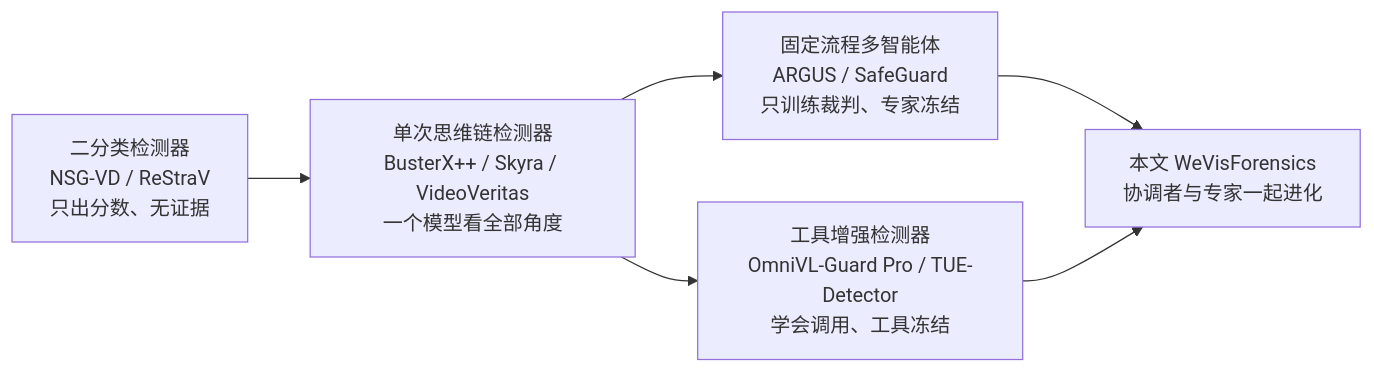
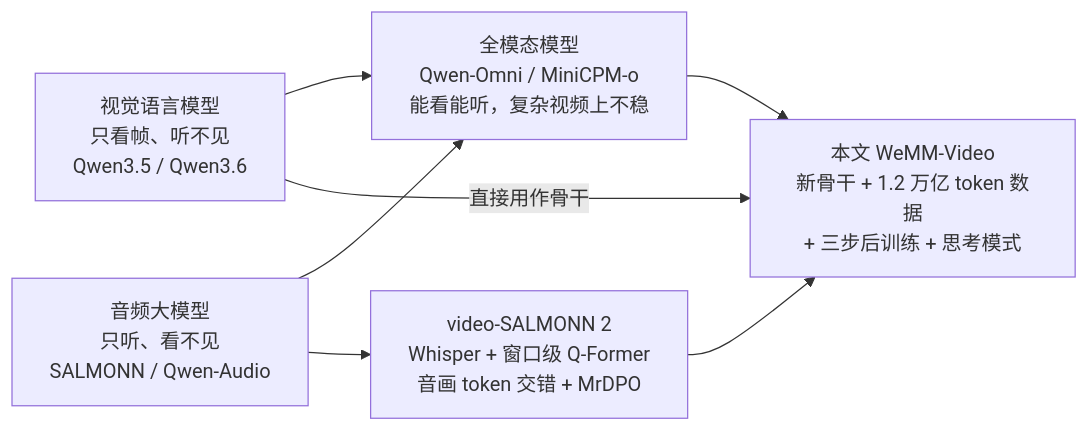
Before and after one commit to yingwang/paper-reads: the first of 4 diagrams in docs/index.md, drawn with Mermaid. The commit also changed other lines of this file and 2 other files, not shown here.

First line of the commit message:
Add 2026-11-22-wemm-video-open-source-omni-modal-video-understanding

````diff
--- a/docs/index.md
+++ b/docs/index.md
@@ -83,8 +77,9 @@
 ```mermaid
 flowchart LR
-    A["二分类检测器<br/>NSG-VD / ReStraV<br/>只出分数、无证据"] --> B["单次思维链检测器<br/>BusterX++ / Skyra / VideoVeritas<br/>一个模型看全部角度"]
-    B --> C["固定流程多智能体<br/>ARGUS / SafeGuard<br/>只训练裁判、专家冻结"]
-    B --> D["工具增强检测器<br/>OmniVL-Guard Pro / TUE-Detector<br/>学会调用、工具冻结"]
-    C --> E["本文 WeVisForensics<br/>协调者与专家一起进化"]
+    A["视觉语言模型<br/>只看帧、听不见<br/>Qwen3.5 / Qwen3.6"] --> C["全模态模型<br/>Qwen-Omni / MiniCPM-o<br/>能看能听，复杂视频上不稳"]
+    B["音频大模型<br/>只听、看不见<br/>SALMONN / Qwen-Audio"] --> C
+    B --> D["video-SALMONN 2<br/>Whisper + 窗口级 Q-Former<br/>音画 token 交错 + MrDPO"]
+    C --> E["本文 WeMM-Video<br/>新骨干 + 1.2 万亿 token 数据<br/>+ 三步后训练 + 思考模式"]
     D --> E
+    A -- "直接用作骨干" --> E
 ```
````
